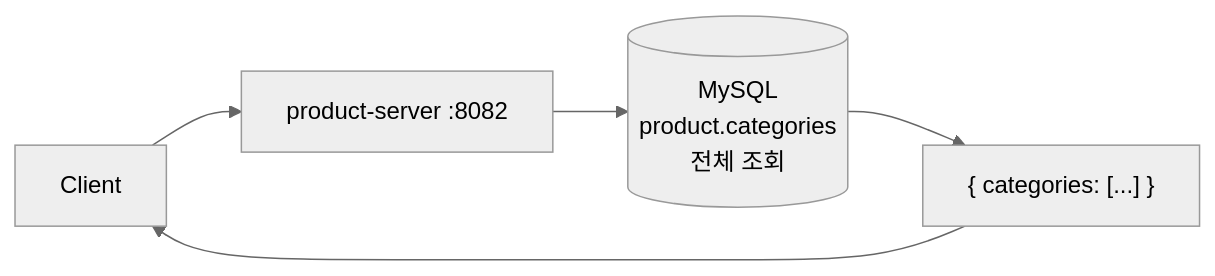
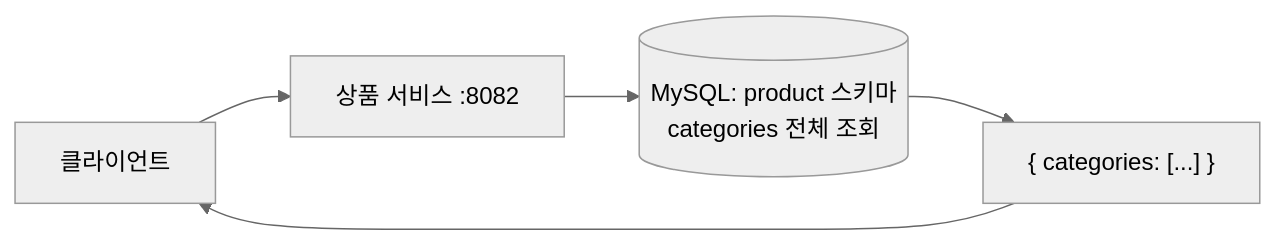
Before and after one commit to ing9990/deep-blog: the diagram in mini-coupang/diagrams/src/07-list-categories.mmd, drawn with Mermaid (neutral theme). The commit also changed 21 other files, not shown here.

First line of the commit message:
docs(diagrams): 한글 라벨 컨벤션 일괄 적용 + UC-08 MySQL LIKE 단일 채널로 정정

```diff
--- a/mini-coupang/diagrams/src/07-list-categories.mmd
+++ b/mini-coupang/diagrams/src/07-list-categories.mmd
@@ -1,5 +1,5 @@
 flowchart LR
-    C["Client"] --> PS["product-server :8082"]
-    PS --> DB[("MySQL<br/>product.categories<br/>전체 조회")]
+    C["클라이언트"] --> PS["상품 서비스 :8082"]
+    PS --> DB[("MySQL: product 스키마<br/>categories 전체 조회")]
     DB --> Resp["{ categories: [...] }"]
     Resp --> C
```
